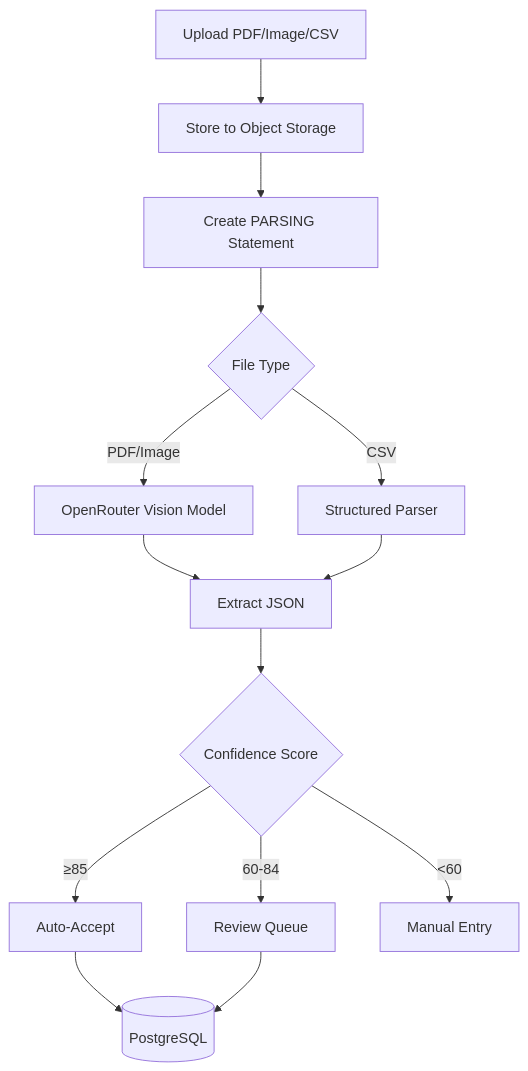
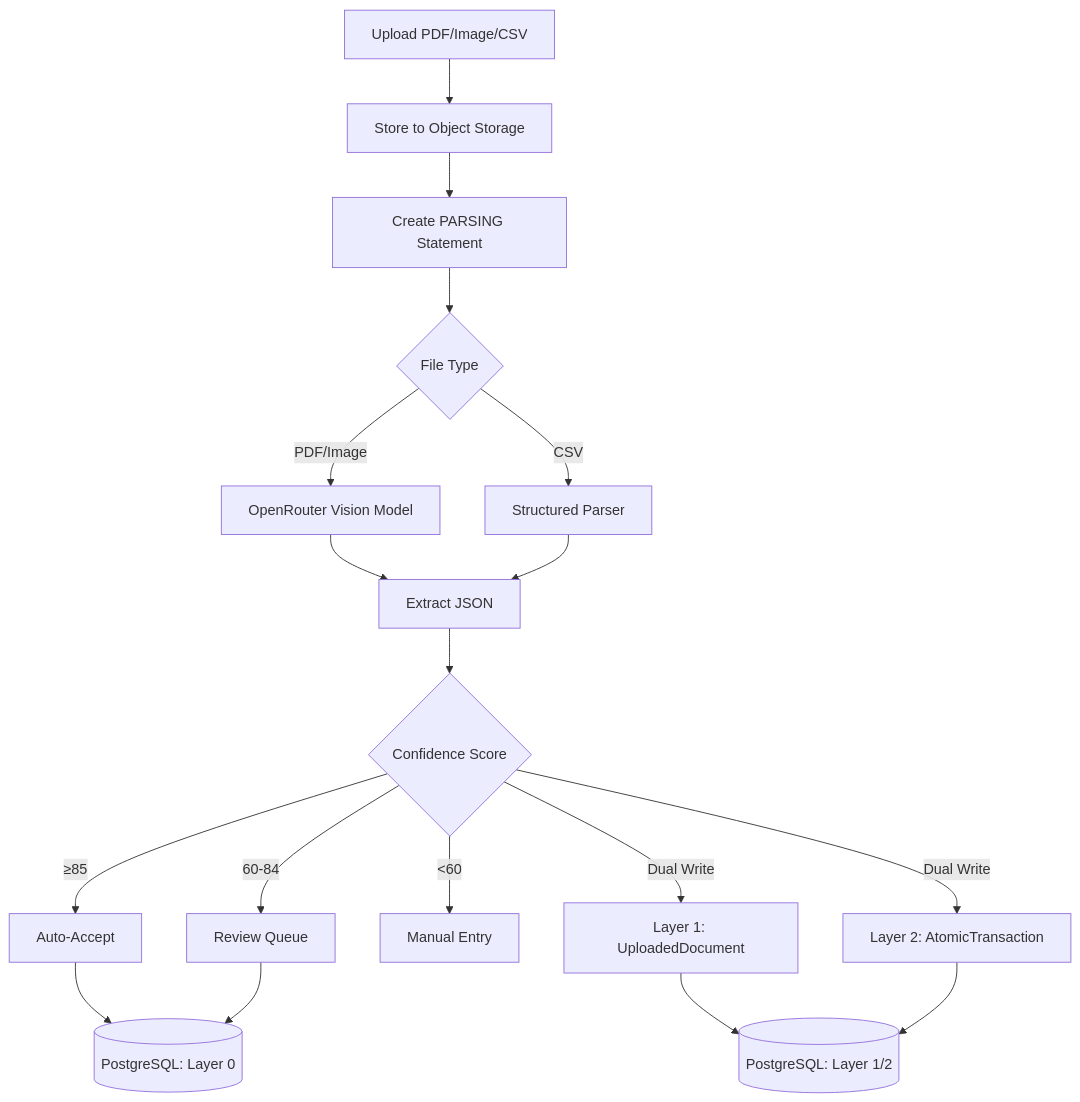
Before and after one commit to wangzitian0/finance_report: the diagram in docs/ssot/extraction.md, drawn with Mermaid. The commit also changed other lines of this file and 31 other files, not shown here.

First line of the commit message:
feat: implement 4-layer architecture with migration path

````diff
--- a/docs/ssot/extraction.md
+++ b/docs/ssot/extraction.md
@@ -11,16 +11,22 @@
 ```mermaid
 flowchart TB
     A[Upload PDF/Image/CSV] --> S[Store to Object Storage]
     S --> P[Create PARSING Statement]
     P --> B{File Type}
     B -->|PDF/Image| C["OpenRouter Vision Model"]
     B -->|CSV| D[Structured Parser]
     C --> E[Extract JSON]
     D --> E
     E --> F{Confidence Score}
     F -->|≥85| G[Auto-Accept]
     F -->|60-84| H[Review Queue]
     F -->|<60| I[Manual Entry]
-    G --> J[(PostgreSQL)]
+    G --> J[(PostgreSQL: Layer 0)]
     H --> J
+    
+    %% EPIC-011 Dual Write
+    F -->|Dual Write| K[Layer 1: UploadedDocument]
+    F -->|Dual Write| L[Layer 2: AtomicTransaction]
+    K --> M[(PostgreSQL: Layer 1/2)]
+    L --> M
 ```
````
